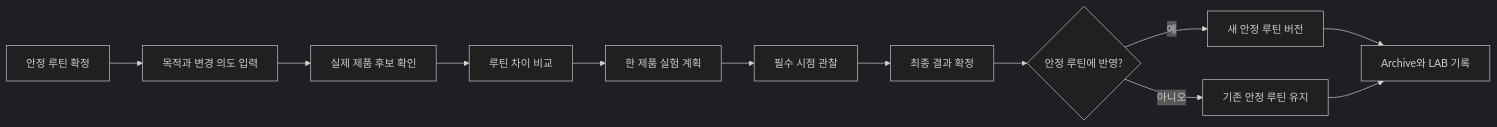
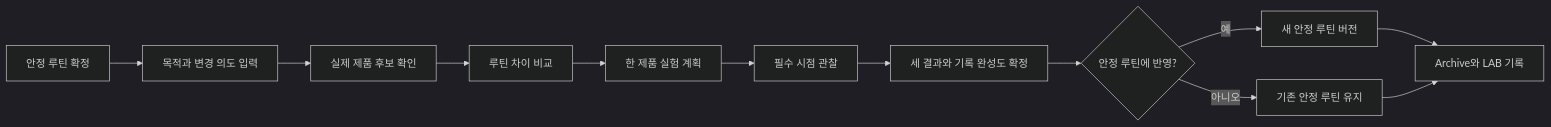
Before and after one commit to Sehoon-Jeong/app: the first of 3 diagrams in docs/product/user-flows.md, drawn with Mermaid (dark theme). The commit also changed other lines of this file and 33 other files, not shown here.

````diff
--- a/docs/product/user-flows.md
+++ b/docs/product/user-flows.md
@@ -11,14 +11,14 @@
 ```mermaid
 flowchart LR
     A[안정 루틴 확정] --> B[목적과 변경 의도 입력]
     B --> C[실제 제품 후보 확인]
     C --> D[루틴 차이 비교]
     D --> E[한 제품 실험 계획]
     E --> F[필수 시점 관찰]
-    F --> G[최종 결과 확정]
+    F --> G[세 결과와 기록 완성도 확정]
     G --> H{안정 루틴에 반영?}
     H -->|예| I[새 안정 루틴 버전]
     H -->|아니오| J[기존 안정 루틴 유지]
     I --> K[Archive와 LAB 기록]
     J --> K
 ```
````
